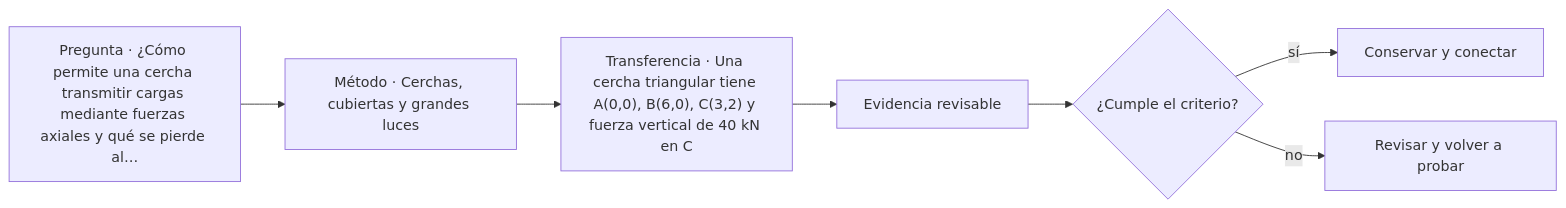
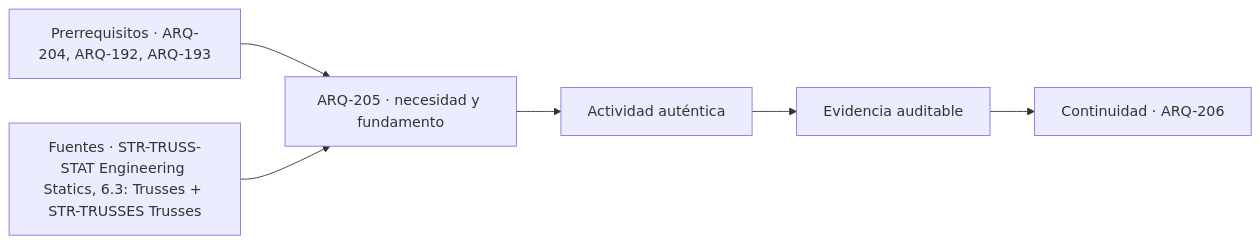
One commit to vladimiracunadev-create/architecture-built-environment-learning-program changed the diagram in classes/parte-21/ARQ-205.md. Above: the diagram before and after it, drawn with Mermaid. The commit also changed other lines of this file and 761 other files, not shown here.

````diff
--- a/classes/parte-21/ARQ-205.md
+++ b/classes/parte-21/ARQ-205.md
@@ -118,9 +130,8 @@
 ```mermaid
 flowchart LR
-    Q["Pregunta · ¿Cómo permite una cercha transmitir cargas mediante fuerzas axiales y qué se pierde al…"] --> M["Método · Cerchas, cubiertas y grandes luces"]
-    M --> P["Transferencia · Una cercha triangular tiene A(0,0), B(6,0), C(3,2) y fuerza vertical de 40 kN en C"]
-    P --> E["Evidencia revisable"]
-    E --> C{"¿Cumple el criterio?"}
-    C -->|sí| T["Conservar y conectar"]
-    C -->|no| R["Revisar y volver a probar"]
+    A["Prerrequisitos · ARQ-204, ARQ-192, ARQ-193"] --> B["ARQ-205 · necesidad y fundamento"]
+    S["Fuentes · STR-TRUSS-STAT Engineering Statics, 6.3: Trusses + STR-TRUSSES Trusses"] --> B
+    B --> C["Actividad auténtica"]
+    C --> D["Evidencia auditable"]
+    D --> E["Continuidad · ARQ-206"]
 ```
````
